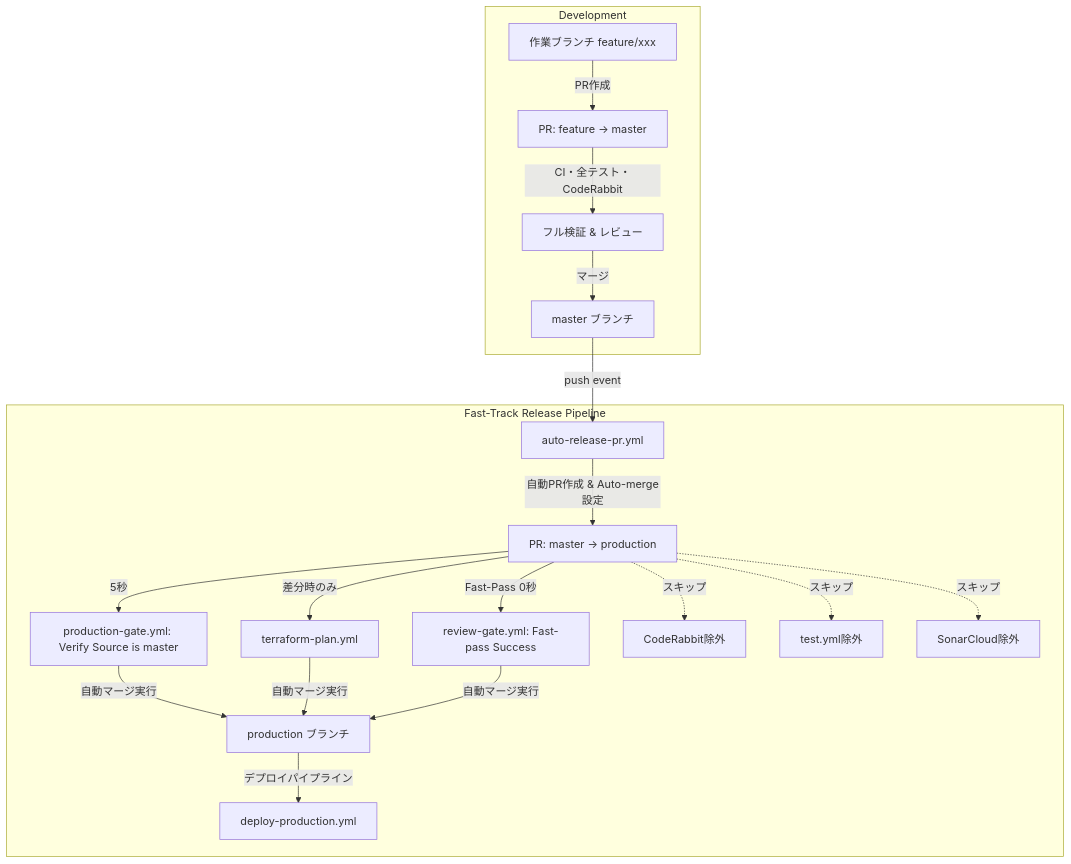
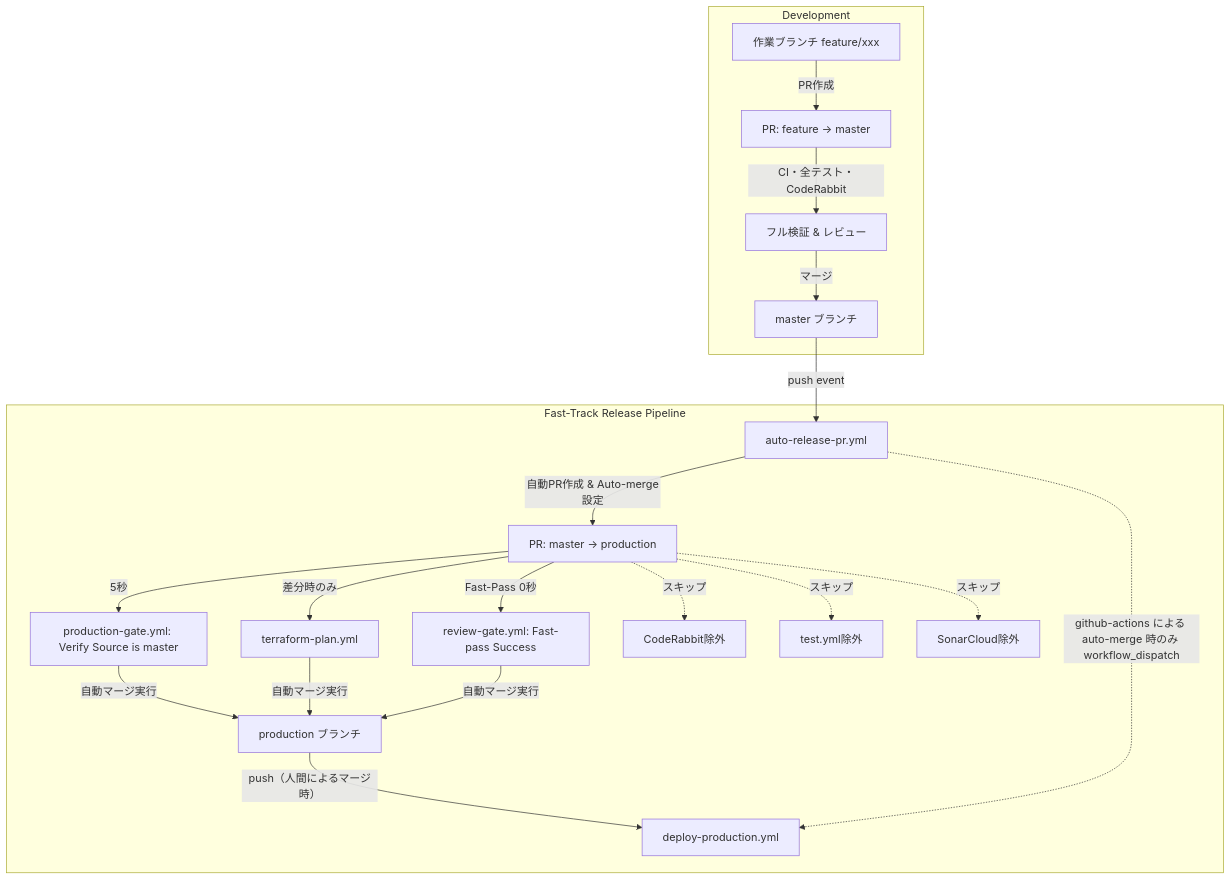
The diagram in docs/basic_design/prod_merge_ci_speedup.md (AnaharaYasuo/realestate_crawler), drawn with Mermaid before and after one commit. The commit also changed other lines of this file and 6 other files, not shown here.

Commit message:
[#546] fix: GITHUB_TOKEN による Release PR auto-merge 後に deploy-production.yml を workflow_dispatch で起動

````diff
--- a/docs/basic_design/prod_merge_ci_speedup.md
+++ b/docs/basic_design/prod_merge_ci_speedup.md
@@ -9,21 +9,22 @@
 ```mermaid
 flowchart TD
     subgraph Development
         FeatureBranch[作業ブランチ feature/xxx] -->|PR作成| MasterPR[PR: feature -> master]
         MasterPR -->|CI・全テスト・CodeRabbit| MasterReview[フル検証 & レビュー]
         MasterReview -->|マージ| Master[master ブランチ]
     end
 
     subgraph Fast-Track Release Pipeline
         Master -->|push event| AutoRelease[auto-release-pr.yml]
         AutoRelease -->|自動PR作成 & Auto-merge設定| ProdPR[PR: master -> production]
         ProdPR -->|5秒| ProdGate[production-gate.yml: Verify Source is master]
         ProdPR -->|差分時のみ| TFPlan[terraform-plan.yml]
         ProdPR -->|Fast-Pass 0秒| ReviewGate[review-gate.yml: Fast-pass Success]
         ProdPR -.->|スキップ| NoCodeRabbit[CodeRabbit除外]
         ProdPR -.->|スキップ| NoDuplicateTests[test.yml除外]
         ProdPR -.->|スキップ| NoSonar[SonarCloud除外]
         ProdGate & TFPlan & ReviewGate -->|自動マージ実行| ProdBranch[production ブランチ]
-        ProdBranch -->|デプロイパイプライン| DeployProd[deploy-production.yml]
+        ProdBranch -->|push（人間によるマージ時）| DeployProd[deploy-production.yml]
+        AutoRelease -.->|github-actions による auto-merge 時のみ workflow_dispatch| DeployProd
     end
 ```
````
